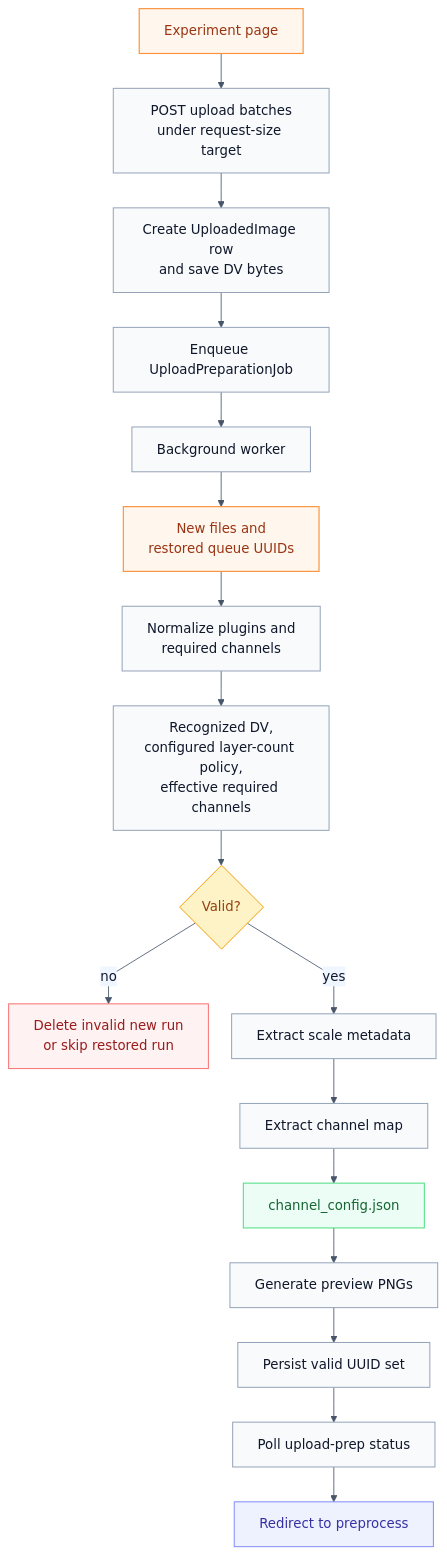
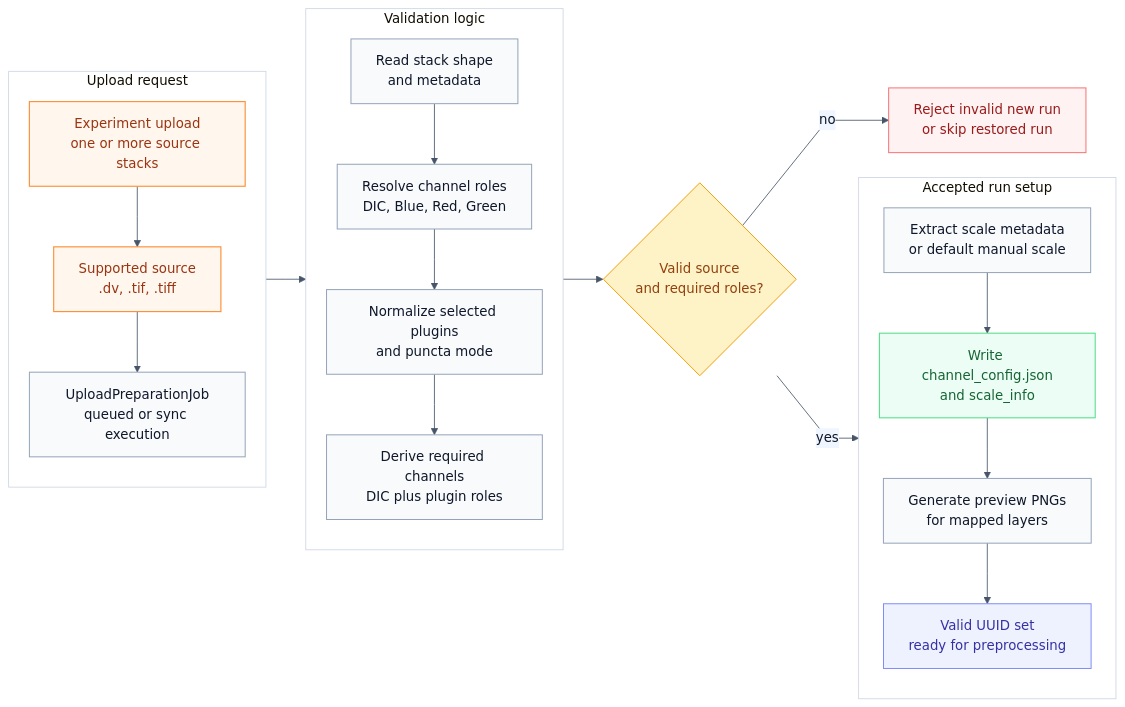
The diagram in docs/diagrams/06-upload-validation-flow.mmd (BrentLagesse/CytoCV), drawn with Mermaid before and after one commit. The commit also changed 44 other files, not shown here.

```diff
--- a/docs/diagrams/06-upload-validation-flow.mmd
+++ b/docs/diagrams/06-upload-validation-flow.mmd
@@ -1,37 +1,45 @@
-%%{init: {"theme":"base","themeVariables":{"background":"#ffffff","primaryColor":"#f8fafc","primaryBorderColor":"#94a3b8","primaryTextColor":"#0f172a","secondaryColor":"#eff6ff","tertiaryColor":"#eef2ff","lineColor":"#475569","fontFamily":"Helvetica","fontSize":"16px","clusterBorder":"#cbd5e1","clusterBkg":"#ffffff"},"flowchart":{"htmlLabels":true,"curve":"linear","nodeSpacing":28,"rankSpacing":42}}}%%
-flowchart TD
-    classDef actor fill:#fff7ed,stroke:#fb923c,color:#9a3412,stroke-width:1.4px;
+%%{init: {"theme":"base","themeVariables":{"background":"#ffffff","primaryColor":"#f8fafc","primaryBorderColor":"#94a3b8","primaryTextColor":"#0f172a","secondaryColor":"#eff6ff","tertiaryColor":"#eef2ff","lineColor":"#475569","fontFamily":"Arial","fontSize":"16px","clusterBorder":"#cbd5e1","clusterBkg":"#ffffff"},"flowchart":{"htmlLabels":true,"curve":"linear","nodeSpacing":30,"rankSpacing":48}}}%%
+flowchart LR
+    classDef input fill:#fff7ed,stroke:#fb923c,color:#9a3412,stroke-width:1.4px;
     classDef process fill:#f8fafc,stroke:#94a3b8,color:#0f172a,stroke-width:1.2px;
     classDef decision fill:#fef3c7,stroke:#f59e0b,color:#92400e,stroke-width:1.2px;
     classDef data fill:#ecfdf5,stroke:#4ade80,color:#166534,stroke-width:1.2px;
     classDef warn fill:#fef2f2,stroke:#f87171,color:#991b1b,stroke-width:1.2px;
     classDef output fill:#eef2ff,stroke:#818cf8,color:#3730a3,stroke-width:1.2px;
 
-    start[Experiment page]
-    batch[POST upload batches<br/>under request-size target]
-    create[Create UploadedImage row<br/>and save DV bytes]
-    prep[Enqueue UploadPreparationJob]
-    worker[Background worker]
-    input[New files and<br/>restored queue UUIDs]
-    select[Normalize plugins and<br/>required channels]
-    validate[Recognized DV,<br/>configured layer-count policy,<br/>effective required channels]
-    ok{Valid?}
-    reject[Delete invalid new run<br/>or skip restored run]
-    scale[Extract scale metadata]
-    channels[Extract channel map]
-    config[channel_config.json]
-    preview[Generate preview PNGs]
-    queue[Persist valid UUID set]
-    poll[Poll upload-prep status]
-    redirect[Redirect to preprocess]
+    subgraph intake["Upload request"]
+        direction TB
+        start["Experiment upload<br/>one or more source stacks"]
+        source["Supported source<br/>.dv, .tif, .tiff"]
+        job["UploadPreparationJob<br/>queued or sync execution"]
+    end
 
-    start --> batch --> create --> prep --> worker --> input --> select --> validate --> ok
-    ok -- no --> reject
-    ok -- yes --> scale --> channels --> config --> preview --> queue --> poll --> redirect
+    subgraph validation["Validation logic"]
+        direction TB
+        parse["Read stack shape<br/>and metadata"]
+        channel["Resolve channel roles<br/>DIC, Blue, Red, Green"]
+        plugins["Normalize selected plugins<br/>and puncta mode"]
+        required["Derive required channels<br/>DIC plus plugin roles"]
+    end
 
-    class start,input actor
-    class select,create,validate,scale,channels,preview,queue,batch,prep,worker,poll process
-    class ok decision
+    valid{"Valid source<br/>and required roles?"}
+    reject["Reject invalid new run<br/>or skip restored run"]
+
+    subgraph accepted["Accepted run setup"]
+        direction TB
+        scale["Extract scale metadata<br/>or default manual scale"]
+        config["Write channel_config.json<br/>and scale_info"]
+        preview["Generate preview PNGs<br/>for mapped layers"]
+        ready["Valid UUID set<br/>ready for preprocessing"]
+    end
+
+    start --> source --> job --> parse --> channel --> plugins --> required --> valid
+    valid -- no --> reject
+    valid -- yes --> scale --> config --> preview --> ready
+
+    class start,source input
+    class job,parse,channel,plugins,required,scale,preview process
+    class valid decision
     class config data
     class reject warn
-    class redirect output
+    class ready output
```
